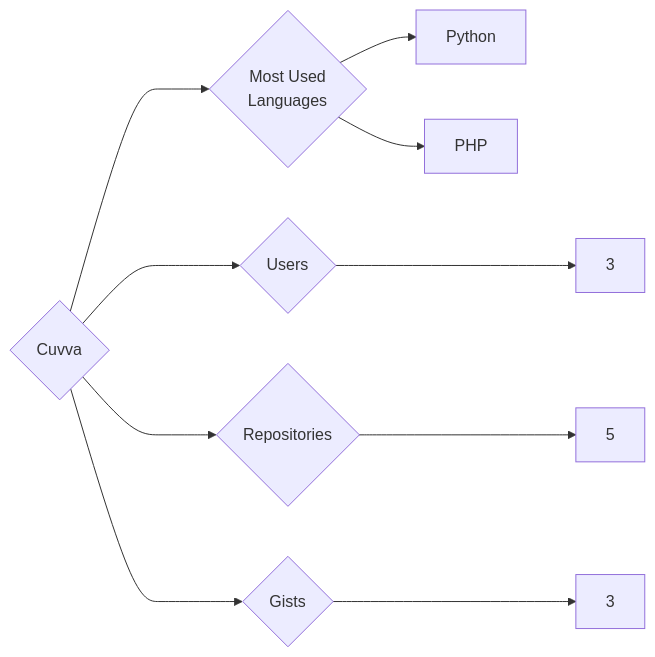
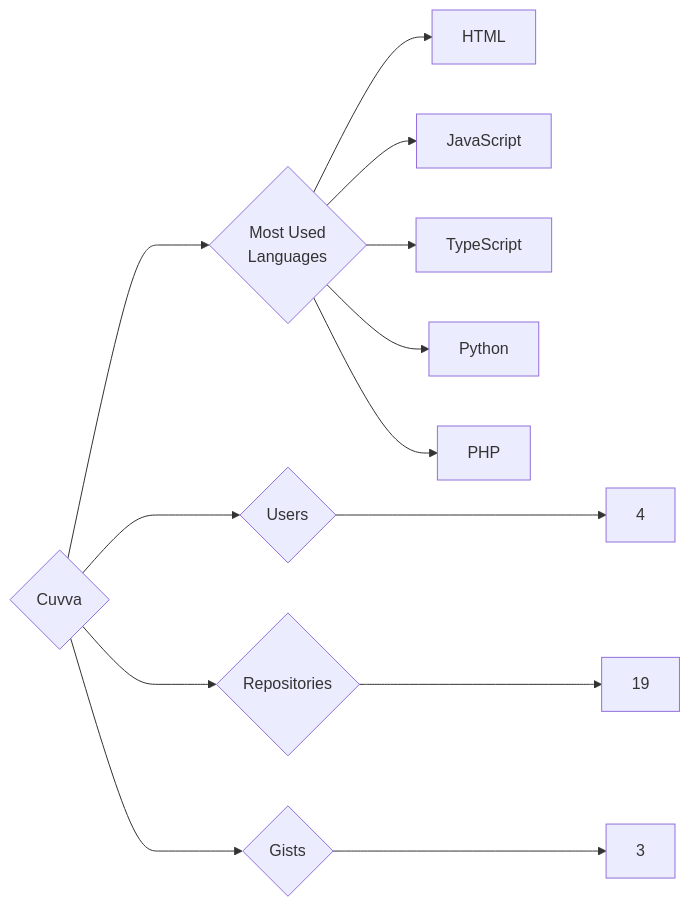
One commit to trickest/insiders changed the diagram in targets/Cuvva/README.md. Above: the diagram before and after it, drawn with Mermaid. The commit also changed 815 other files, not shown here.

````diff
--- a/targets/Cuvva/README.md
+++ b/targets/Cuvva/README.md
@@ -3,10 +3,13 @@
 ```mermaid
 graph LR
 COMPANY_NAME{Cuvva}
-COMPANY_NAME ---> U{Users} ---> UN[3]
-COMPANY_NAME ---> R{Repositories} ---> RN[5]
+COMPANY_NAME ---> U{Users} ---> UN[4]
+COMPANY_NAME ---> R{Repositories} ---> RN[19]
 COMPANY_NAME ---> G{Gists} ---> GN[3]
 COMPANY_NAME ---> ML{Most Used<br>Languages}
+ML --> HTML[HTML]
+ML --> JavaScript[JavaScript]
+ML --> TypeScript[TypeScript]
 ML --> Python[Python]
 ML --> PHP[PHP]
 ```
````
